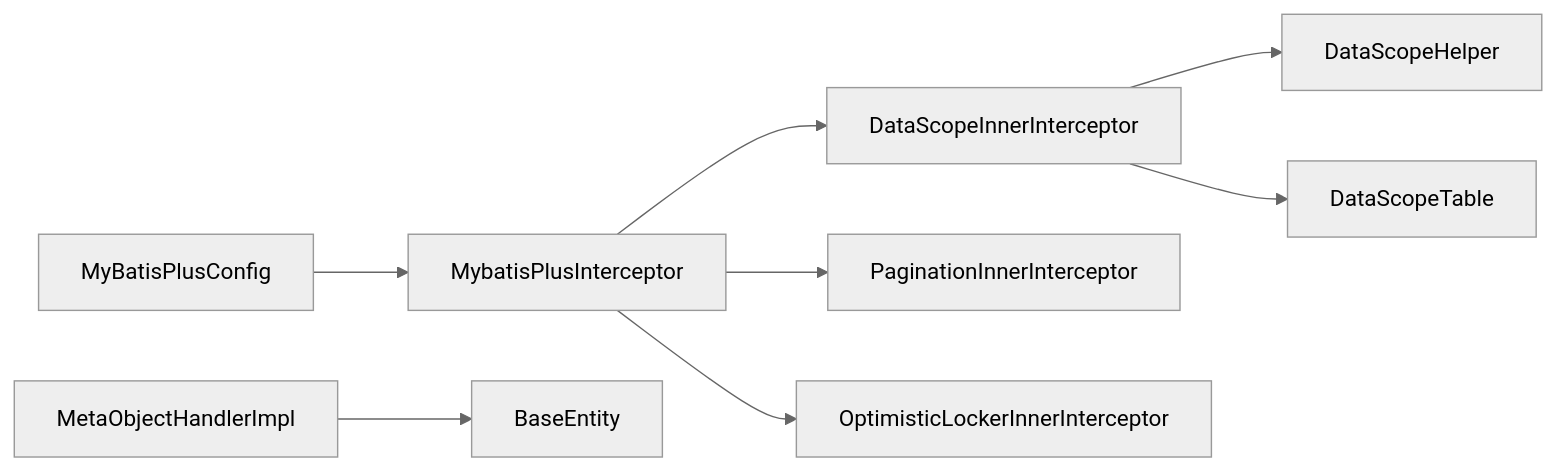
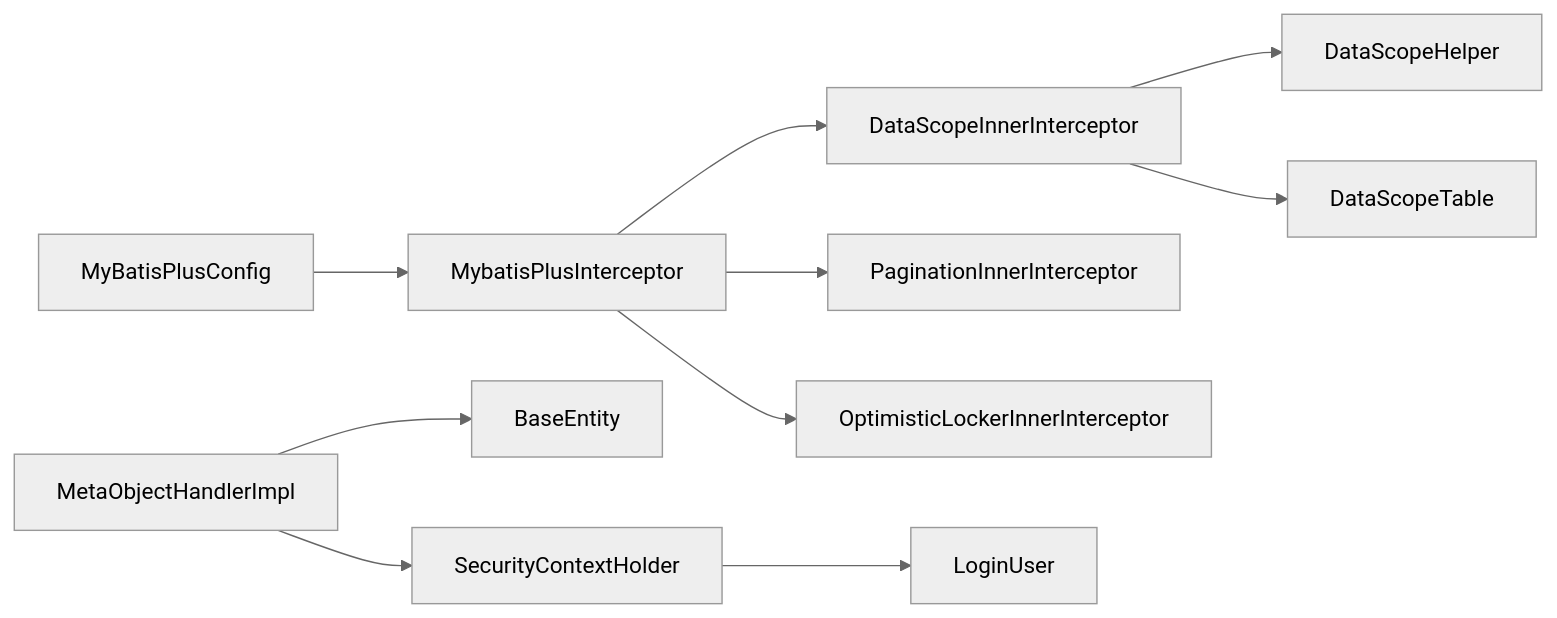
Before and after one commit to DrunkFood/First: the fifth of 5 diagrams in .qoder/repowiki/zh/content/后端服务/公共模块 (ele-ai-tender-common)/数据访问层封装.md, drawn with Mermaid (neutral theme). The commit also changed other lines of this file and 93 other files, not shown here.

````diff
--- a/.qoder/repowiki/zh/content/后端服务/公共模块 (ele-ai-tender-common)/数据访问层封装.md
+++ b/.qoder/repowiki/zh/content/后端服务/公共模块 (ele-ai-tender-common)/数据访问层封装.md
@@ -274,10 +312,12 @@
 ```mermaid
 graph LR
 CFG["MyBatisPlusConfig"] --> INT["MybatisPlusInterceptor"]
 INT --> DSINT["DataScopeInnerInterceptor"]
 INT --> PGI["PaginationInnerInterceptor"]
 INT --> OLI["OptimisticLockerInnerInterceptor"]
 DSINT --> HLP["DataScopeHelper"]
 DSINT --> TBL["DataScopeTable"]
 MOH["MetaObjectHandlerImpl"] --> ENT["BaseEntity"]
+MOH --> SCH["SecurityContextHolder"]
+SCH --> LU["LoginUser"]
 ```
````
